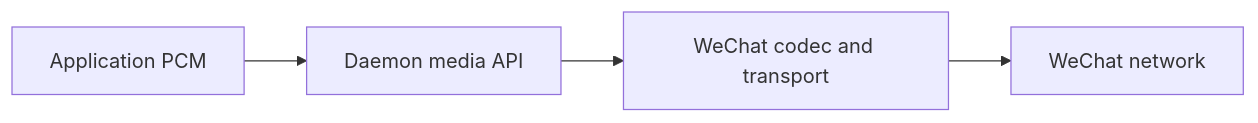
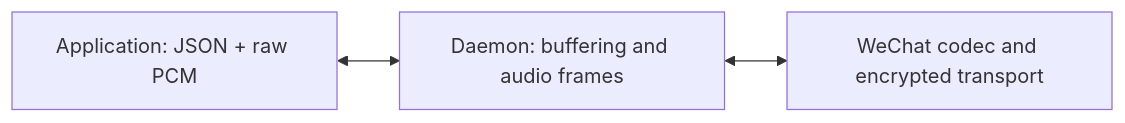
One commit to thisnick/agent-wechat changed the diagram in docs/src/content/docs/reference/calls-media.mdx. Above: the diagram before and after it, drawn with Mermaid. The commit also changed other lines of this file and 19 other files, not shown here.

Commit message:
feat(calls): exchange raw PCM with JSON stream setup

````diff
--- a/docs/src/content/docs/reference/calls-media.mdx
+++ b/docs/src/content/docs/reference/calls-media.mdx
@@ -11,6 +11,5 @@
 ```mermaid
 flowchart LR
-  A["Application PCM"] --> B["Daemon media API"]
-  B --> C["WeChat codec and transport"]
-  C --> D["WeChat network"]
+  A["Application: JSON + raw PCM"] <--> B["Daemon: buffering and audio frames"]
+  B <--> C["WeChat codec and encrypted transport"]
 ```
````
